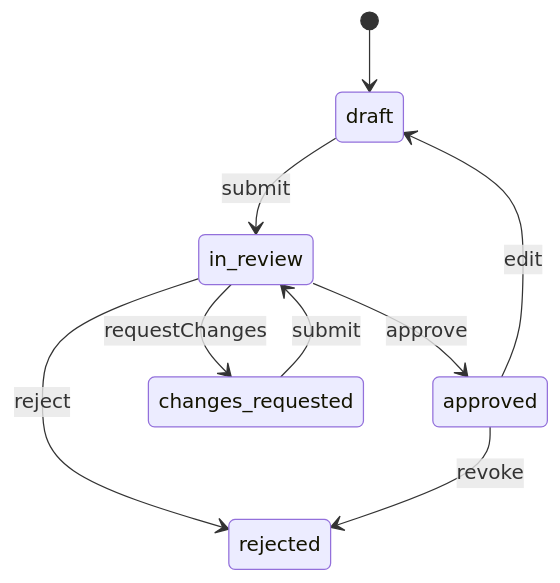
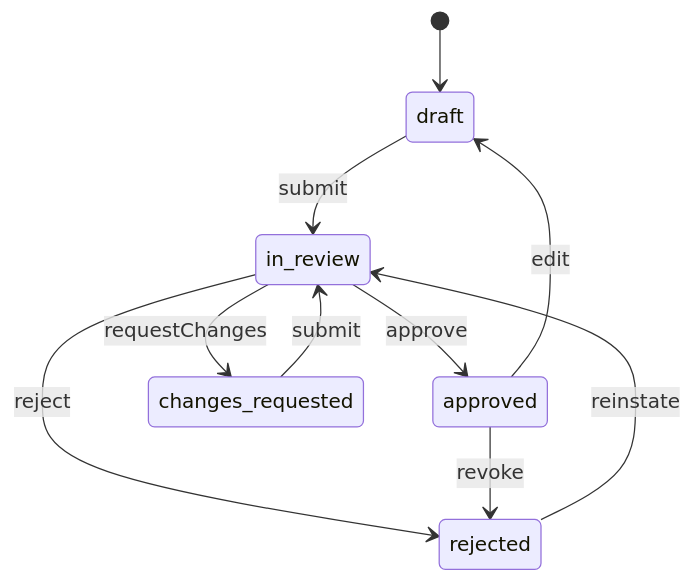
The second of 3 diagrams in backend/src/modules/advertising/README.md (Virus-777/ecommerce), drawn with Mermaid before and after one commit. The commit also changed other lines of this file and 66 other files, not shown here.

````diff
--- a/backend/src/modules/advertising/README.md
+++ b/backend/src/modules/advertising/README.md
@@ -818,11 +820,12 @@
 ```mermaid
 stateDiagram-v2
   [*] --> draft
   draft --> in_review: submit
   in_review --> approved: approve
   in_review --> changes_requested: requestChanges
   changes_requested --> in_review: submit
   in_review --> rejected: reject
   approved --> draft: edit
   approved --> rejected: revoke
+  rejected --> in_review: reinstate
 ```
````
